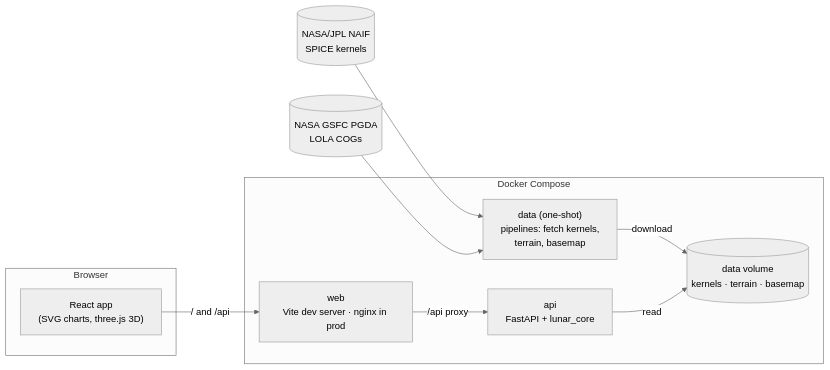
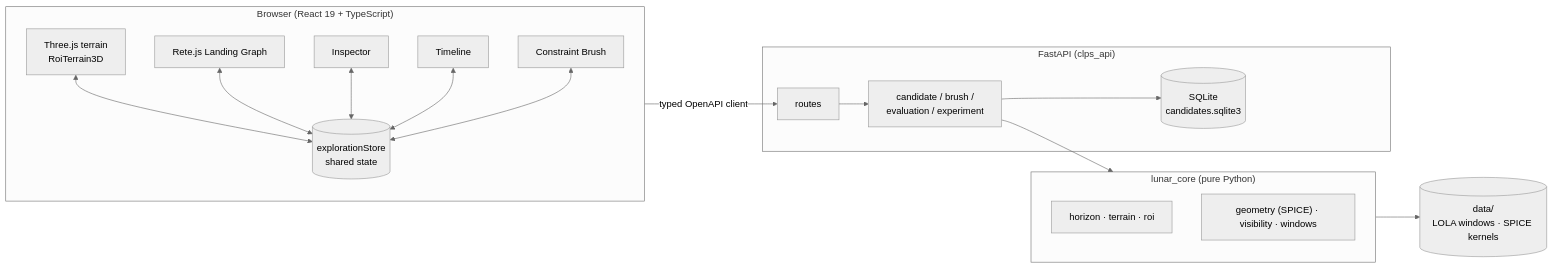
One commit to ramesys/LUNAR-P-OPS changed the diagram in README.md. Above: the diagram before and after it, drawn with Mermaid (neutral theme). The commit also changed other lines of this file and 12 other files, not shown here.

````diff
--- a/README.md
+++ b/README.md
@@ -136,21 +75,26 @@
 ```mermaid
 flowchart LR
-    subgraph Browser
-        UI["React app<br/>(SVG charts, three.js 3D)"]
+    subgraph Browser["Browser (React 19 + TypeScript)"]
+        T["Three.js terrain<br/>RoiTerrain3D"]
+        G["Rete.js Landing Graph"]
+        I["Inspector"]
+        TL["Timeline"]
+        B["Constraint Brush"]
+        S[("explorationStore<br/>shared state")]
+        T & G & I & TL & B <--> S
     end
-    subgraph Infrastructure["Docker Compose"]
-        WEB["web<br/>Vite dev server · nginx in prod"]
-        API["api<br/>FastAPI + lunar_core"]
-        DATA["data (one-shot)<br/>pipelines: fetch kernels,<br/>terrain, basemap"]
-        VOL[("data volume<br/>kernels · terrain · basemap")]
+    subgraph API["FastAPI (clps_api)"]
+        R["routes"]
+        C["candidate / brush /<br/>evaluation / experiment"]
+        DB[("SQLite<br/>candidates.sqlite3")]
     end
-    NAIF[("NASA/JPL NAIF<br/>SPICE kernels")]
-    PGDA[("NASA GSFC PGDA<br/>LOLA COGs")]
-
-    UI -- "/ and /api" --> WEB
-    WEB -- "/api proxy" --> API
-    DATA -- download --> VOL
-    NAIF --> DATA
-    PGDA --> DATA
-    API -- read --> VOL
+    subgraph Core["lunar_core (pure Python)"]
+        H["horizon · terrain · roi"]
+        SP["geometry (SPICE) · visibility · windows"]
+    end
+    DATA[("data/<br/>LOLA windows · SPICE kernels")]
+    Browser -- "typed OpenAPI client" --> R
+    R --> C --> Core
+    C --> DB
+    Core --> DATA
 ```
````
